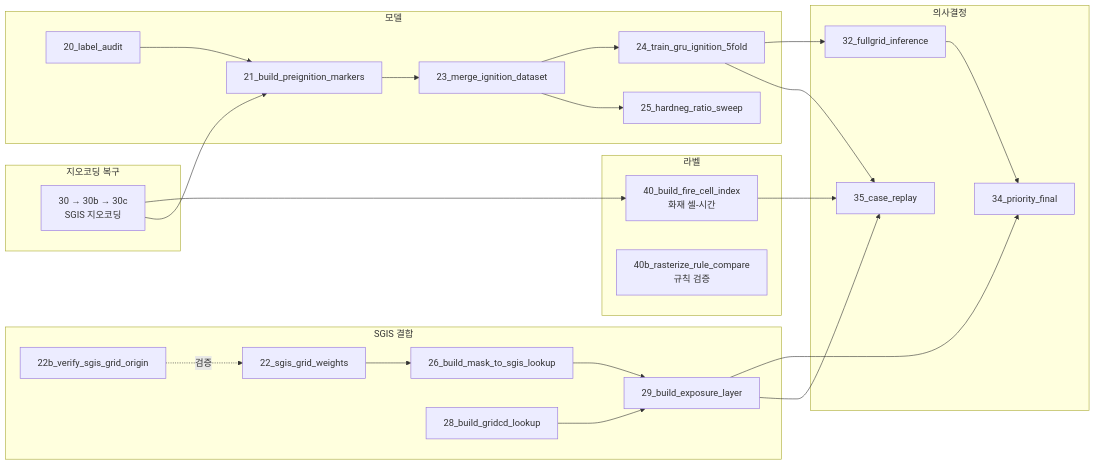
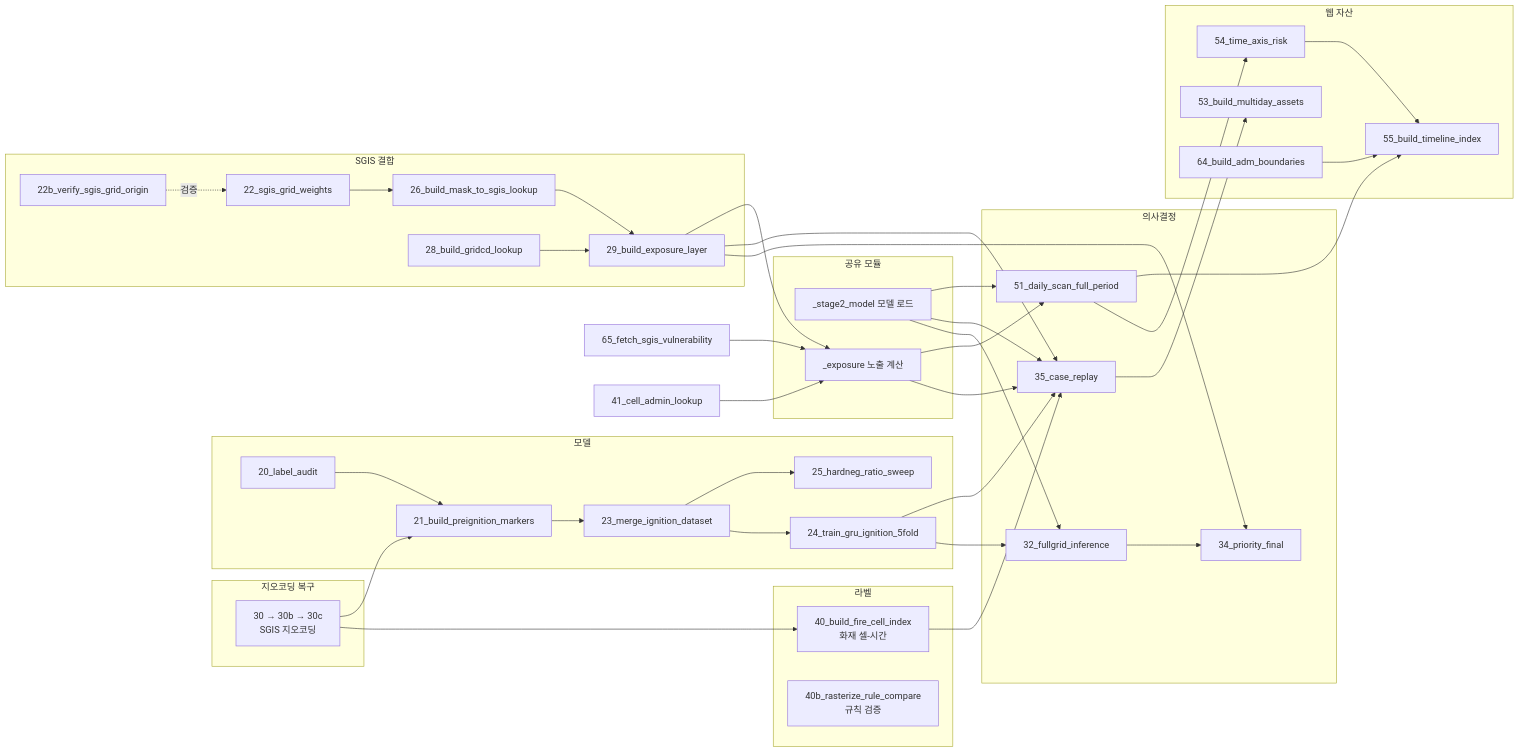
Before and after one commit to tradeprogram/SGIS: the diagram in docs/ARCHITECTURE.md, drawn with Mermaid. The commit also changed other lines of this file and 1 other file, not shown here.

````diff
--- a/docs/ARCHITECTURE.md
+++ b/docs/ARCHITECTURE.md
@@ -46,42 +46,65 @@
 ```mermaid
 flowchart LR
     subgraph L["라벨"]
         S40["40_build_fire_cell_index<br/>화재 셀-시간"]
         S40B["40b_rasterize_rule_compare<br/>규칙 검증"]
     end
     subgraph G["지오코딩 복구"]
         S30["30 → 30b → 30c<br/>SGIS 지오코딩"]
     end
     subgraph M["모델"]
         S20["20_label_audit"]
         S21["21_build_preignition_markers"]
         S23["23_merge_ignition_dataset"]
         S24["24_train_gru_ignition_5fold"]
         S25["25_hardneg_ratio_sweep"]
     end
     subgraph E["SGIS 결합"]
         S22["22_sgis_grid_weights"]
         S22B["22b_verify_sgis_grid_origin"]
         S26["26_build_mask_to_sgis_lookup"]
         S28["28_build_gridcd_lookup"]
         S29["29_build_exposure_layer"]
     end
     subgraph D["의사결정"]
         S32["32_fullgrid_inference"]
         S34["34_priority_final"]
         S35["35_case_replay"]
+        S51["51_daily_scan_full_period"]
+    end
+    subgraph W["웹 자산"]
+        S53["53_build_multiday_assets"]
+        S54["54_time_axis_risk"]
+        S55["55_build_timeline_index"]
+        S64["64_build_adm_boundaries"]
+    end
+    subgraph X["공유 모듈"]
+        SM["_stage2_model  모델 로드"]
+        SE["_exposure  노출 계산"]
     end
 
     S30 --> S40
     S30 --> S21
     S20 --> S21 --> S23 --> S24
     S23 --> S25
     S22 --> S26 --> S29
     S22B -.검증.-> S22
     S28 --> S29
     S24 --> S32 --> S34
     S29 --> S34
     S24 --> S35
     S29 --> S35
     S40 --> S35
+    SM --> S32
+    SM --> S35
+    SM --> S51
+    SE --> S35
+    SE --> S51
+    S65["65_fetch_sgis_vulnerability"] --> SE
+    S29 --> SE
+    S41["41_cell_admin_lookup"] --> SE
+    S35 --> S53
+    S51 --> S54 --> S55
+    S51 --> S55
+    S64 --> S55
 ```
````
